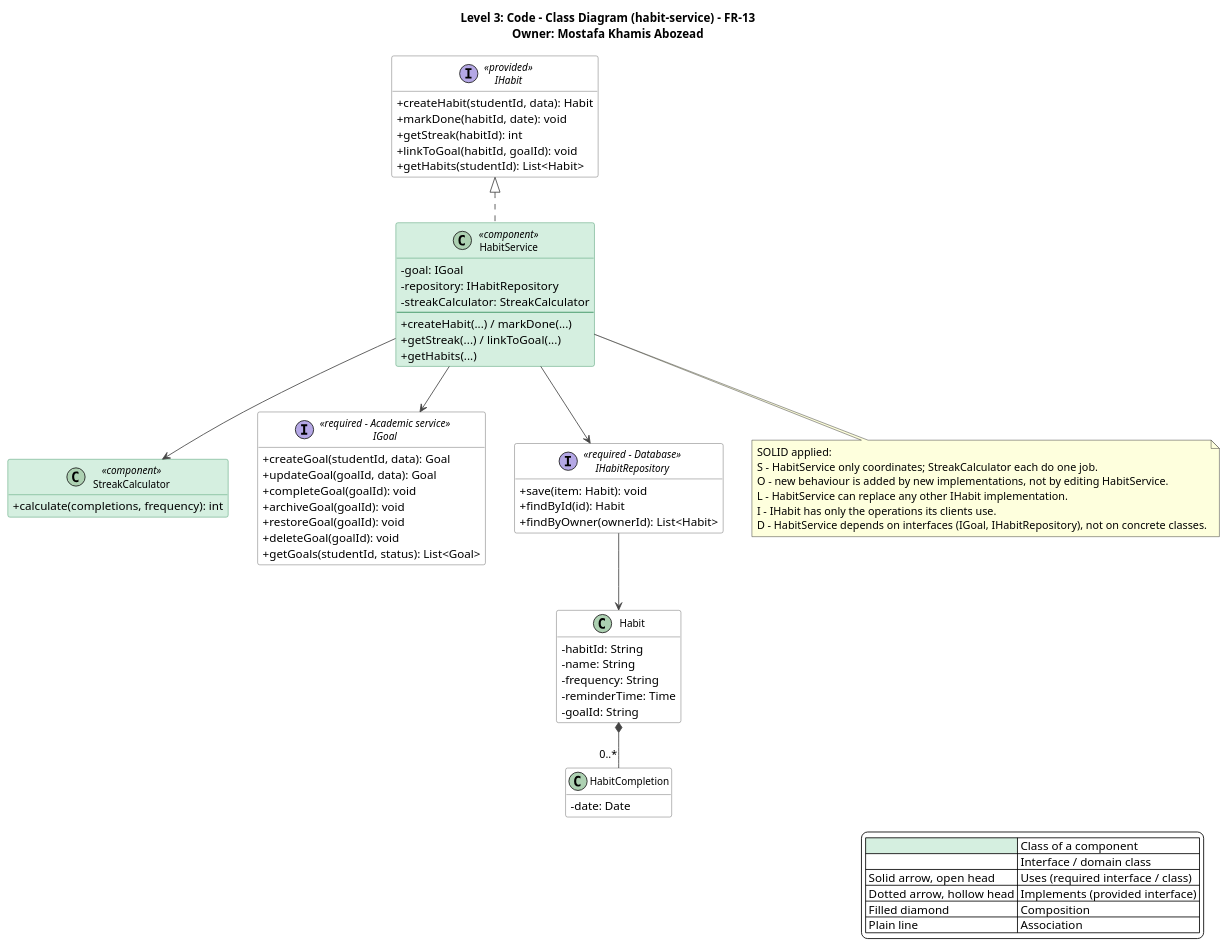
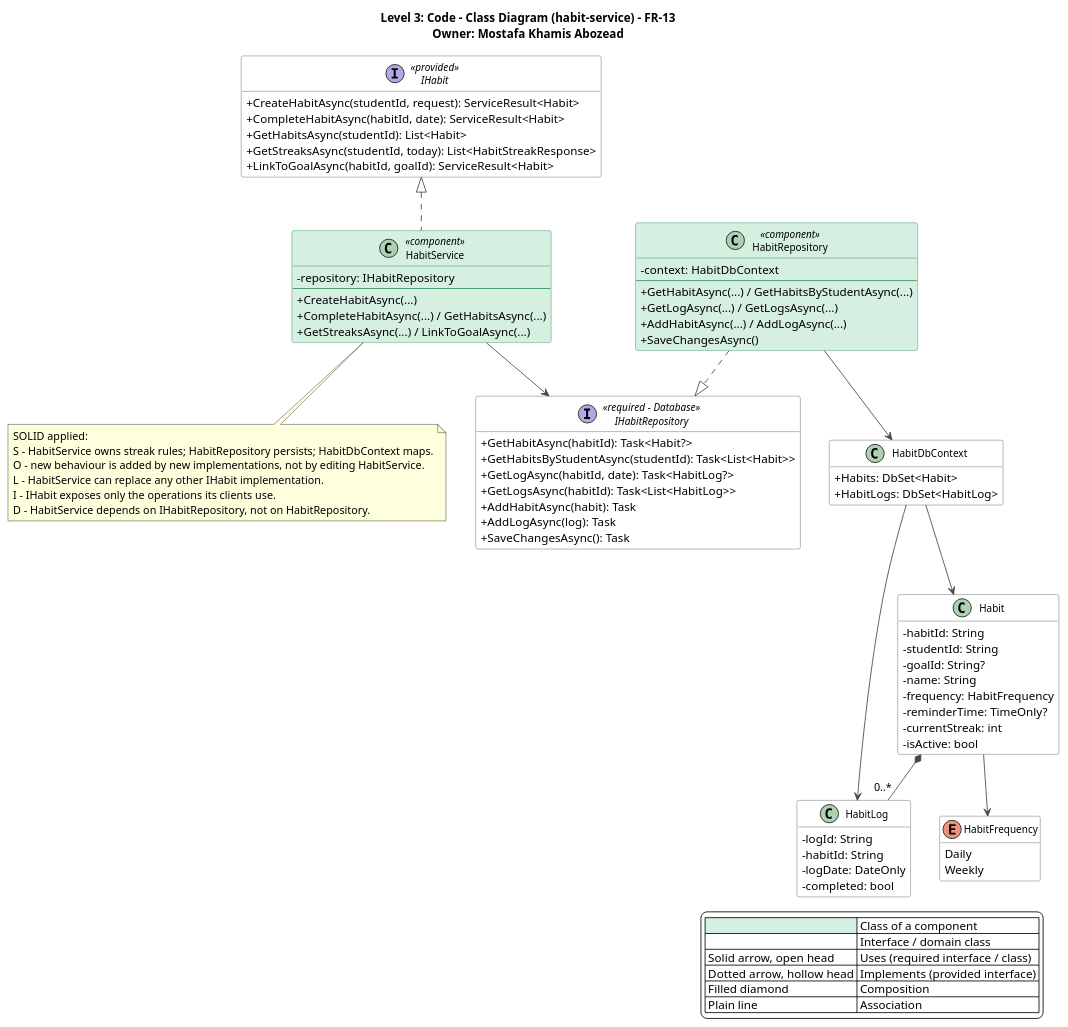
The diagram in docs/PM1/Part A — Design/Class Diagram/13-habit-service.puml (AIU-SoftWave/Aspirra), drawn with PlantUML before and after one commit. The commit also changed 251 other files, not shown here.

First line of the commit message:
Add unit tests for HabitService and StudentService

```diff
--- a/docs/PM1/Part A — Design/Class Diagram/13-habit-service.puml
+++ b/docs/PM1/Part A — Design/Class Diagram/13-habit-service.puml
@@ -1,95 +1,110 @@
 @startuml habit-service-class-diagram
 title Level 3: Code - Class Diagram (habit-service) - FR-13\nOwner: Mostafa Khamis Abozead
 top to bottom direction
 skinparam shadowing false
 skinparam defaultFontName Segoe UI
 skinparam backgroundColor #FFFFFF
 skinparam classAttributeIconSize 0
 skinparam classFontSize 12
 skinparam nodesep 35
 skinparam ranksep 55
 skinparam ArrowColor #444444
 skinparam class {
   BackgroundColor #FFFFFF
   BorderColor #555555
   BackgroundColor<<component>> #D5EFE0
   BorderColor<<component>> #2E8B57
 }
 skinparam interface {
   BackgroundColor #FFFFFF
   BorderColor #555555
 }
 hide empty members
 
 legend right
   |<#D5EFE0>   | Class of a component |
   |<#FFFFFF>   | Interface / domain class |
   | Solid arrow, open head | Uses (required interface / class) |
   | Dotted arrow, hollow head | Implements (provided interface) |
   | Filled diamond | Composition |
   | Plain line | Association |
 endlegend
 
 interface IHabit <<provided>> {
-  +createHabit(studentId, data): Habit
-  +markDone(habitId, date): void
-  +getStreak(habitId): int
-  +linkToGoal(habitId, goalId): void
-  +getHabits(studentId): List<Habit>
+  +CreateHabitAsync(studentId, request): ServiceResult<Habit>
+  +CompleteHabitAsync(habitId, date): ServiceResult<Habit>
+  +GetHabitsAsync(studentId): List<Habit>
+  +GetStreaksAsync(studentId, today): List<HabitStreakResponse>
+  +LinkToGoalAsync(habitId, goalId): ServiceResult<Habit>
 }
 
 class HabitService <<component>> {
-  -goal: IGoal
   -repository: IHabitRepository
-  -streakCalculator: StreakCalculator
   --
-  +createHabit(...) / markDone(...)
-  +getStreak(...) / linkToGoal(...)
-  +getHabits(...)
+  +CreateHabitAsync(...)
+  +CompleteHabitAsync(...) / GetHabitsAsync(...)
+  +GetStreaksAsync(...) / LinkToGoalAsync(...)
+}
+
+interface IHabitRepository <<required - Database>> {
+  +GetHabitAsync(habitId): Task<Habit?>
+  +GetHabitsByStudentAsync(studentId): Task<List<Habit>>
+  +GetLogAsync(habitId, date): Task<HabitLog?>
+  +GetLogsAsync(habitId): Task<List<HabitLog>>
+  +AddHabitAsync(habit): Task
+  +AddLogAsync(log): Task
+  +SaveChangesAsync(): Task
+}
+
+class HabitRepository <<component>> {
+  -context: HabitDbContext
+  --
+  +GetHabitAsync(...) / GetHabitsByStudentAsync(...)
+  +GetLogAsync(...) / GetLogsAsync(...)
+  +AddHabitAsync(...) / AddLogAsync(...)
+  +SaveChangesAsync()
+}
+
+class HabitDbContext {
+  +Habits: DbSet<Habit>
+  +HabitLogs: DbSet<HabitLog>
+}
+
+class Habit {
+  -habitId: String
+  -studentId: String
+  -goalId: String?
+  -name: String
+  -frequency: HabitFrequency
+  -reminderTime: TimeOnly?
+  -currentStreak: int
+  -isActive: bool
+}
+class HabitLog {
+  -logId: String
+  -habitId: String
+  -logDate: DateOnly
+  -completed: bool
+}
+enum HabitFrequency {
+  Daily
+  Weekly
 }
 
 IHabit <|.. HabitService
-class StreakCalculator <<component>> {
-  +calculate(completions, frequency): int
-}
-HabitService --> StreakCalculator
-
-interface IGoal <<required - Academic service>> {
-  +createGoal(studentId, data): Goal
-  +updateGoal(goalId, data): Goal
-  +completeGoal(goalId): void
-  +archiveGoal(goalId): void
-  +restoreGoal(goalId): void
-  +deleteGoal(goalId): void
-  +getGoals(studentId, status): List<Goal>
-}
-
-HabitService --> IGoal
-interface IHabitRepository <<required - Database>> {
-  +save(item: Habit): void
-  +findById(id): Habit
-  +findByOwner(ownerId): List<Habit>
-}
-
 HabitService --> IHabitRepository
-class Habit {
-  -habitId: String
-  -name: String
-  -frequency: String
-  -reminderTime: Time
-  -goalId: String
-}
-class HabitCompletion {
-  -date: Date
-}
-IHabitRepository --> Habit
-Habit *-- "0..*" HabitCompletion
+HabitRepository ..|> IHabitRepository
+HabitRepository --> HabitDbContext
+HabitDbContext --> Habit
+HabitDbContext --> HabitLog
+Habit *-- "0..*" HabitLog
+Habit --> HabitFrequency
 note bottom of HabitService
 SOLID applied:
-S - HabitService only coordinates; StreakCalculator each do one job.
+S - HabitService owns streak rules; HabitRepository persists; HabitDbContext maps.
 O - new behaviour is added by new implementations, not by editing HabitService.
 L - HabitService can replace any other IHabit implementation.
-I - IHabit has only the operations its clients use.
-D - HabitService depends on interfaces (IGoal, IHabitRepository), not on concrete classes.
+I - IHabit exposes only the operations its clients use.
+D - HabitService depends on IHabitRepository, not on HabitRepository.
 end note
 @enduml
```
